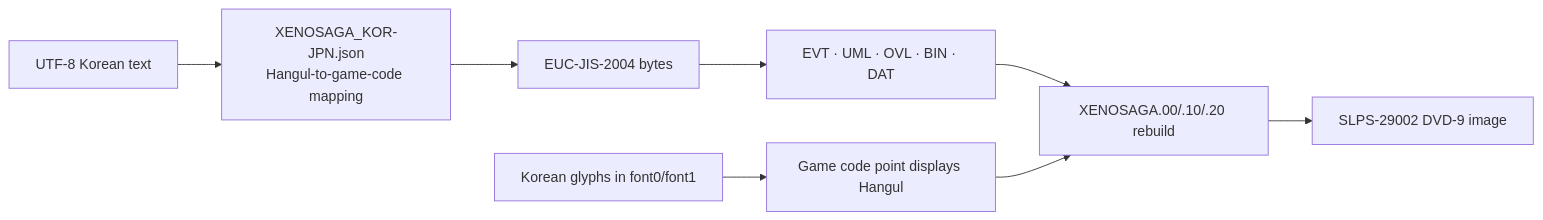
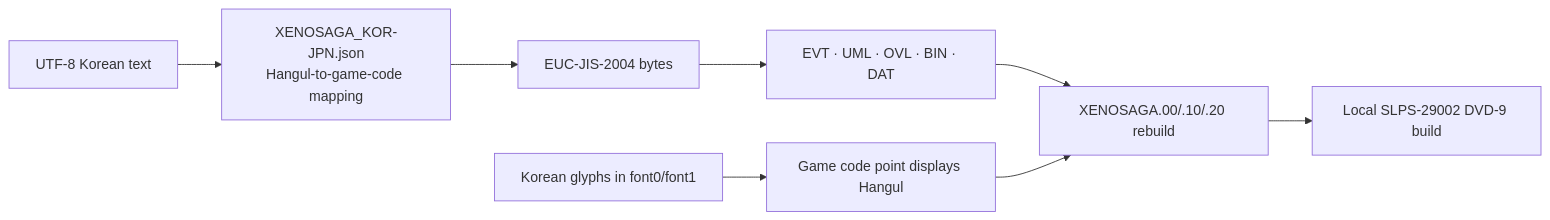
The diagram in README.md (poketony/XS1KOR), drawn with Mermaid before and after one commit. The commit also changed other lines of this file, not shown here.

````diff
--- a/README.md
+++ b/README.md
@@ -99,10 +99,10 @@
 ```mermaid
 flowchart LR
     A["UTF-8 Korean text"] --> B["XENOSAGA_KOR-JPN.json<br>Hangul-to-game-code mapping"]
     B --> C["EUC-JIS-2004 bytes"]
     C --> D["EVT · UML · OVL · BIN · DAT"]
     E["Korean glyphs in font0/font1"] --> F["Game code point displays Hangul"]
     D --> G["XENOSAGA.00/.10/.20 rebuild"]
     F --> G
-    G --> H["SLPS-29002 DVD-9 image"]
+    G --> H["Local SLPS-29002 DVD-9 build"]
 ```
````
